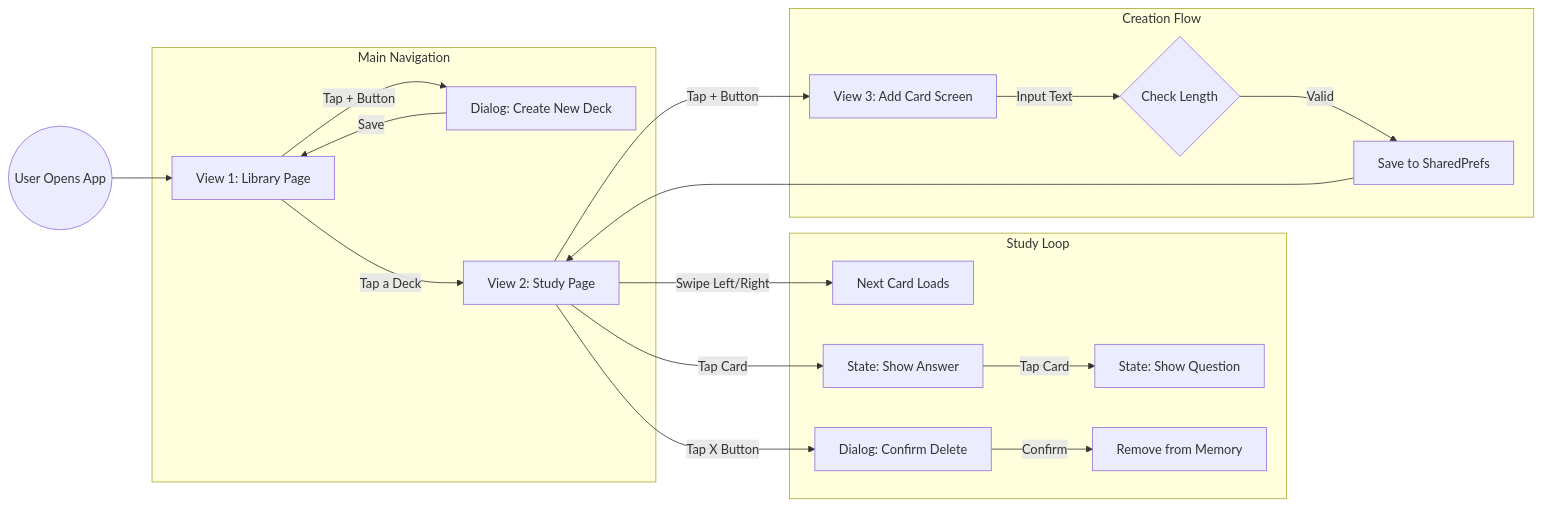
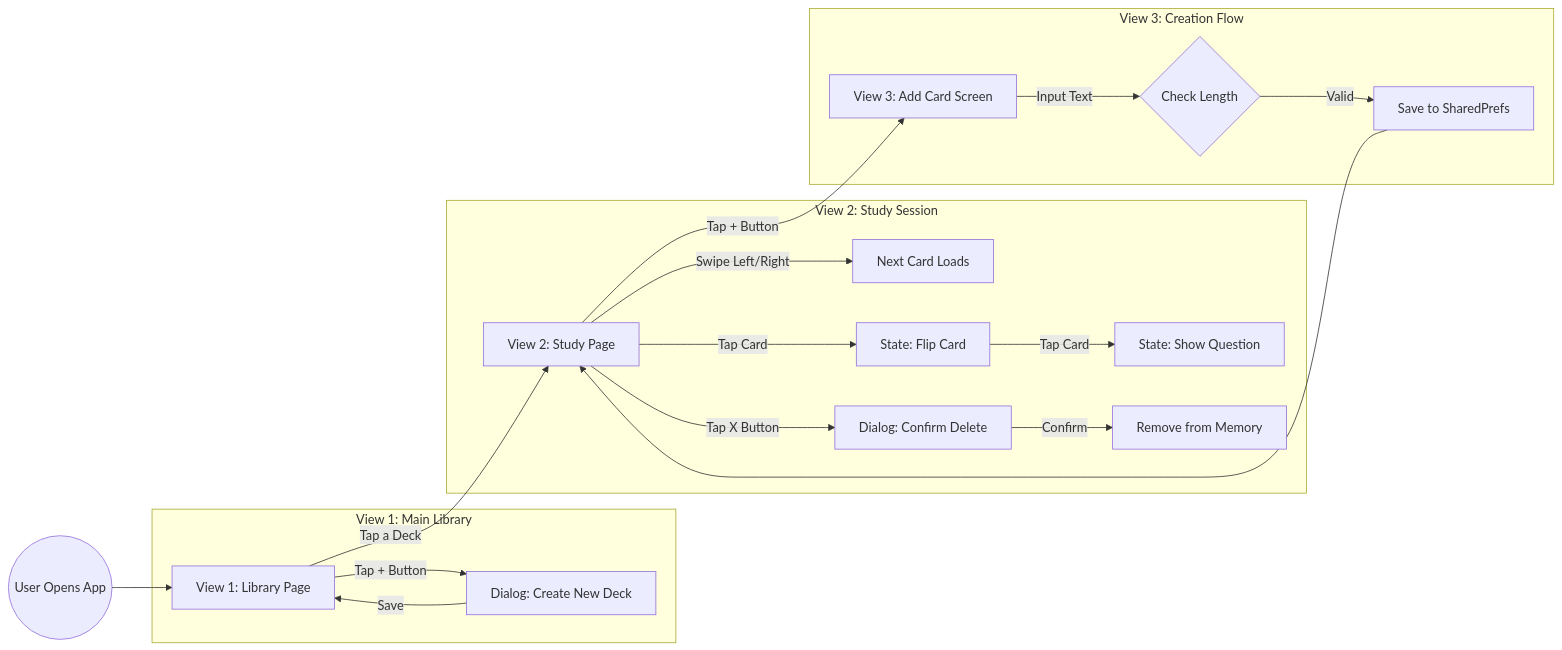
One commit to fisram/flashcards changed the diagram in README.md. Above: the diagram before and after it, drawn with Mermaid. The commit also changed other lines of this file, not shown here.

Commit message:
flwochart

````diff
--- a/README.md
+++ b/README.md
@@ -24,27 +24,27 @@
 ```mermaid
 flowchart LR
     Start((User Opens App)) --> Library[View 1: Library Page]
     
-    subgraph "Main Navigation"
+    subgraph "View 1: Main Library"
         Library -->|Tap + Button| AddDeck[Dialog: Create New Deck]
         AddDeck -->|Save| Library
-        
-        Library -->|Tap a Deck| Study[View 2: Study Page]
     end
+
+    Library -->|Tap a Deck| Study[View 2: Study Page]
     
-    subgraph "Study Loop"
+    subgraph "View 2: Study Session"
         Study -->|Swipe Left/Right| NextCard[Next Card Loads]
-        Study -->|Tap Card| Flip[State: Show Answer]
+        Study -->|Tap Card| Flip[State: Flip Card]
         Flip -->|Tap Card| Unflip[State: Show Question]
         
         Study -->|Tap X Button| Delete[Dialog: Confirm Delete]
         Delete -->|Confirm| RemoveCard[Remove from Memory]
     end
     
-    subgraph "Creation Flow"
+    subgraph "View 3: Creation Flow"
         Study -->|Tap + Button| AddScreen[View 3: Add Card Screen]
         AddScreen -->|Input Text| Validate{Check Length}
         Validate -->|Valid| SaveDisk[Save to SharedPrefs]
         SaveDisk --> Study
     end
 ```
````
